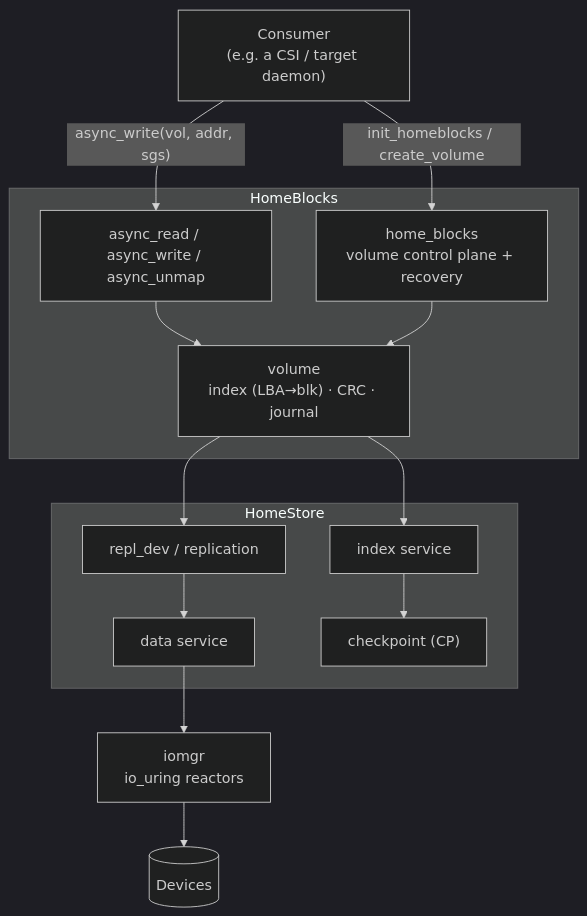
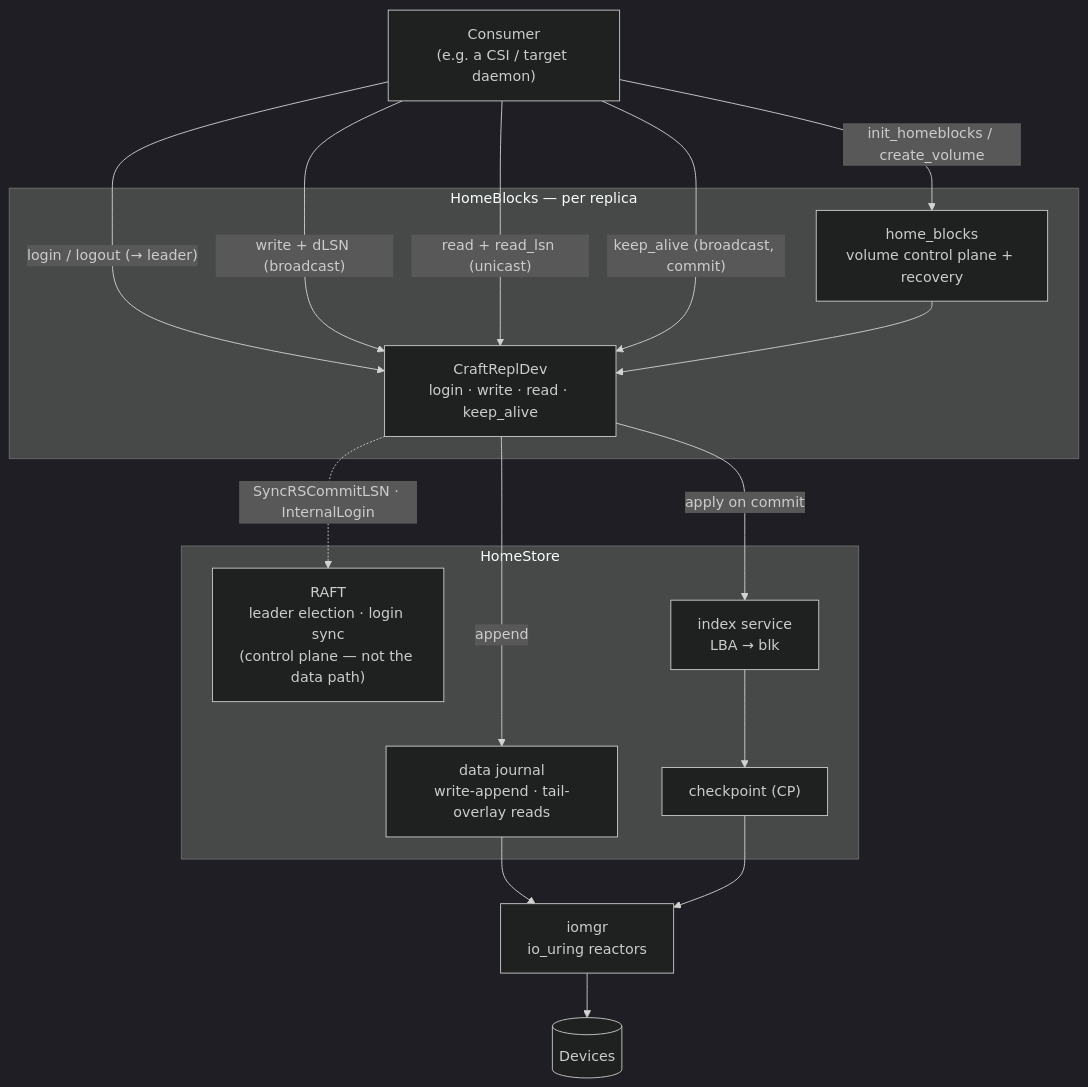
The diagram in README.md (shosseinimotlagh/HomeBlocks), drawn with Mermaid (dark theme) before and after one commit. The commit also changed other lines of this file, not shown here.

````diff
--- a/README.md
+++ b/README.md
@@ -80,28 +87,35 @@
 ```mermaid
 graph TD
     app["Consumer<br/>(e.g. a CSI / target daemon)"]
-    subgraph hb["HomeBlocks"]
+
+    subgraph hb["HomeBlocks — per replica"]
         hbi["home_blocks<br/>volume control plane + recovery"]
-        vol["volume<br/>index (LBA→blk) · CRC · journal"]
-        io["async_read / async_write / async_unmap"]
+        craft["CraftReplDev<br/>login · write · read · keep_alive"]
     end
+
     subgraph hs["HomeStore"]
-        repl["repl_dev / replication"]
-        idx["index service"]
-        data["data service"]
+        raft["RAFT<br/>leader election · login sync<br/>(control plane — not the data path)"]
+        journal["data journal<br/>write-append · tail-overlay reads"]
+        idx["index service<br/>LBA → blk"]
         cp["checkpoint (CP)"]
     end
+
     iomgr["iomgr<br/>io_uring reactors"]
     dev[("Devices")]
 
     app -->|"init_homeblocks / create_volume"| hbi
-    app -->|"async_write(vol, addr, sgs)"| io
-    io --> vol
-    hbi --> vol
-    vol --> repl
-    vol --> idx
-    repl --> data
+    app -->|"login / logout (→ leader)"| craft
+    app -->|"write + dLSN (broadcast)"| craft
+    app -->|"read + read_lsn (unicast)"| craft
+    app -->|"keep_alive (broadcast, commit)"| craft
+
+    hbi --> craft
+    craft -->|"append"| journal
+    craft -->|"apply on commit"| idx
+    craft -.->|"SyncRSCommitLSN · InternalLogin"| raft
+
     idx --> cp
-    data --> iomgr
+    journal --> iomgr
+    cp --> iomgr
     iomgr --> dev
 ```
````
